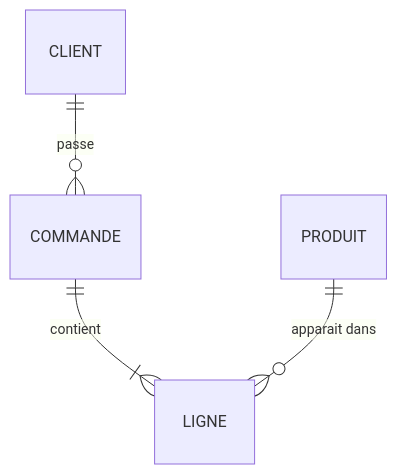
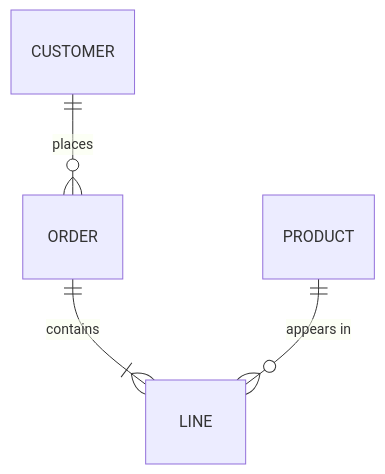
Before and after one commit to MasterLaplace/LplCraftSkills: the sixth of 7 diagrams in skills/se-faire-comprendre/references/visuels.md, drawn with Mermaid. The commit also changed other lines of this file and 16 other files, not shown here.

First line of the commit message:
docs: Mermaid diagram text moves to English, the prose stays French

````diff
--- a/skills/se-faire-comprendre/references/visuels.md
+++ b/skills/se-faire-comprendre/references/visuels.md
@@ -123,6 +123,6 @@
 ```mermaid
 erDiagram
-  CLIENT ||--o{ COMMANDE : passe
-  COMMANDE ||--|{ LIGNE : contient
-  PRODUIT ||--o{ LIGNE : "apparait dans"
+  CUSTOMER ||--o{ ORDER : places
+  ORDER ||--|{ LINE : contains
+  PRODUCT ||--o{ LINE : "appears in"
 ```
````
